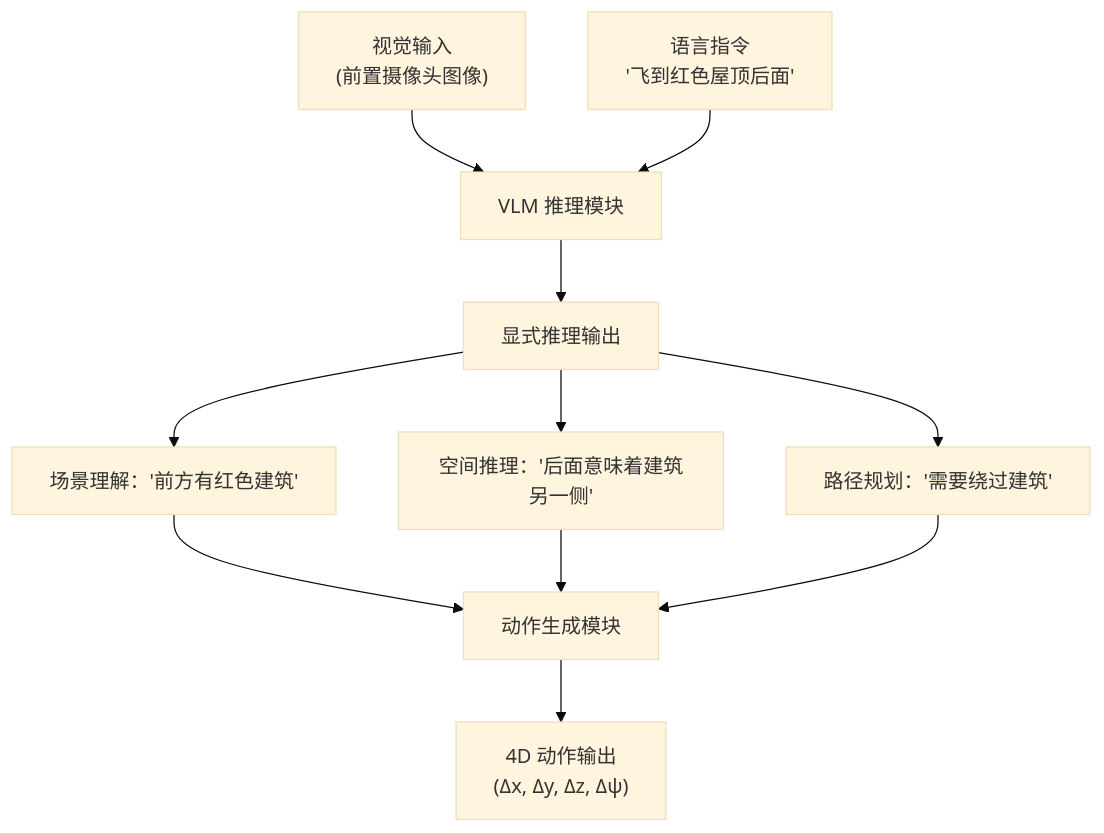
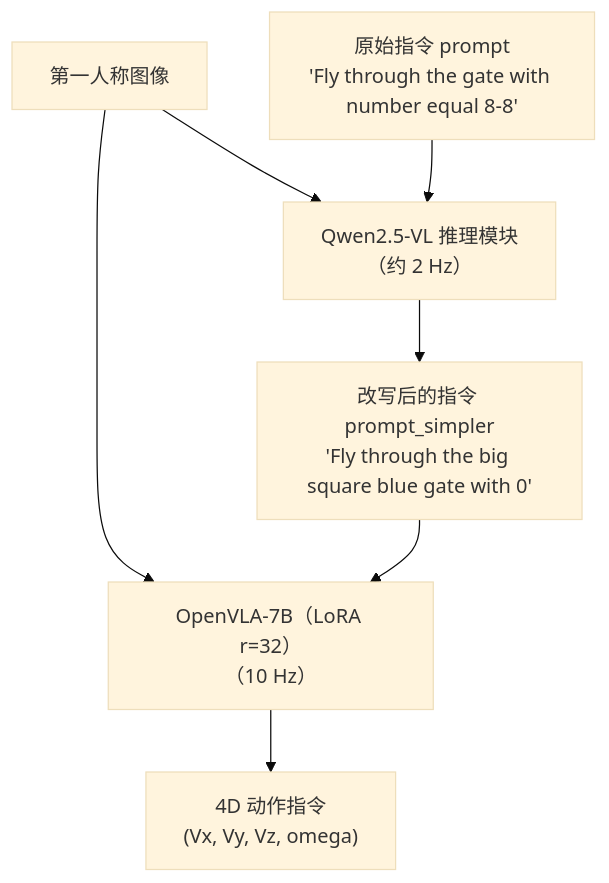
The third of 6 diagrams in docs/03-VLA专题/02-无人机VLA模型.md (Qxy661/UAV-WM-VLA-Learning), drawn with Mermaid (base theme) before and after one commit. The commit also changed other lines of this file and 53 other files, not shown here.

````diff
--- a/docs/03-VLA专题/02-无人机VLA模型.md
+++ b/docs/03-VLA专题/02-无人机VLA模型.md
@@ -167,16 +159,9 @@
 ```mermaid
 graph TB
-    A["视觉输入<br/>(前置摄像头图像)"] --> B["VLM 推理模块"]
-    C["语言指令<br/>'飞到红色屋顶后面'"] --> B
-    
-    B --> D["显式推理输出"]
-    D --> D1["场景理解：'前方有红色建筑'"]
-    D --> D2["空间推理：'后面意味着建筑另一侧'"]
-    D --> D3["路径规划：'需要绕过建筑'"]
-    
-    D1 --> E["动作生成模块"]
-    D2 --> E
-    D3 --> E
-    
-    E --> F["4D 动作输出<br/>(Δx, Δy, Δz, Δψ)"]
+    A["第一人称图像"] --> C["Qwen2.5-VL 推理模块<br/>（约 2 Hz）"]
+    B["原始指令 prompt<br/>'Fly through the gate with number equal 8-8'"] --> C
+    C --> D["改写后的指令 prompt_simpler<br/>'Fly through the big square blue gate with 0'"]
+    A --> E["OpenVLA-7B（LoRA r=32）<br/>（10 Hz）"]
+    D --> E
+    E --> F["4D 动作指令<br/>(Vx, Vy, Vz, omega)"]
 ```
````
